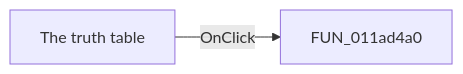
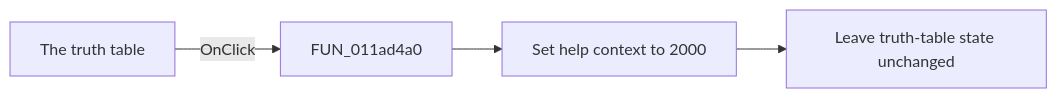
Before and after one commit to MovGP0/TIARA: the diagram in docs/ui-controls/tables-form/tables-form-8d995e1b49.md, drawn with Mermaid. The commit also changed other lines of this file and 387 other files, not shown here.

````diff
--- a/docs/ui-controls/tables-form/tables-form-8d995e1b49.md
+++ b/docs/ui-controls/tables-form/tables-form-8d995e1b49.md
@@ -27,4 +27,6 @@
 ```mermaid
 flowchart LR
     control["The truth table"] -->|OnClick| handler["FUN_011ad4a0"]
+    handler --> topic["Set help context to 2000"]
+    topic --> done["Leave truth-table state unchanged"]
 ```
````
